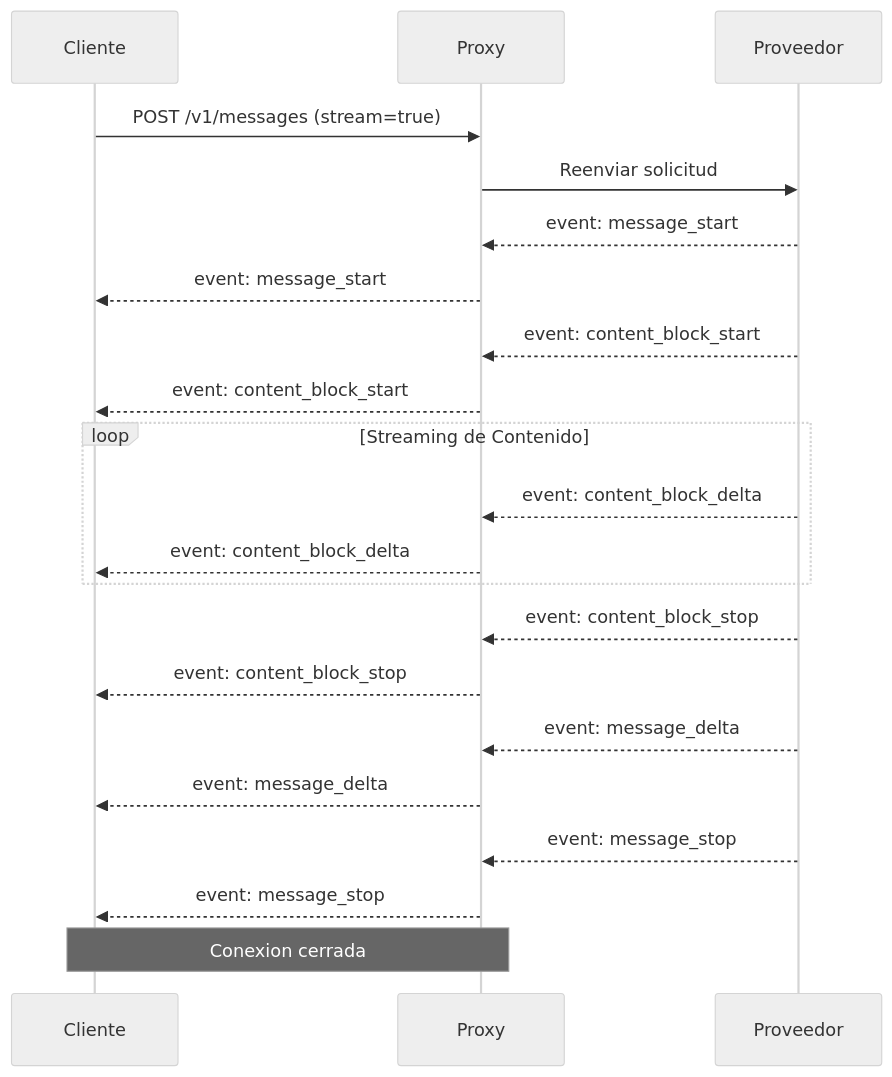
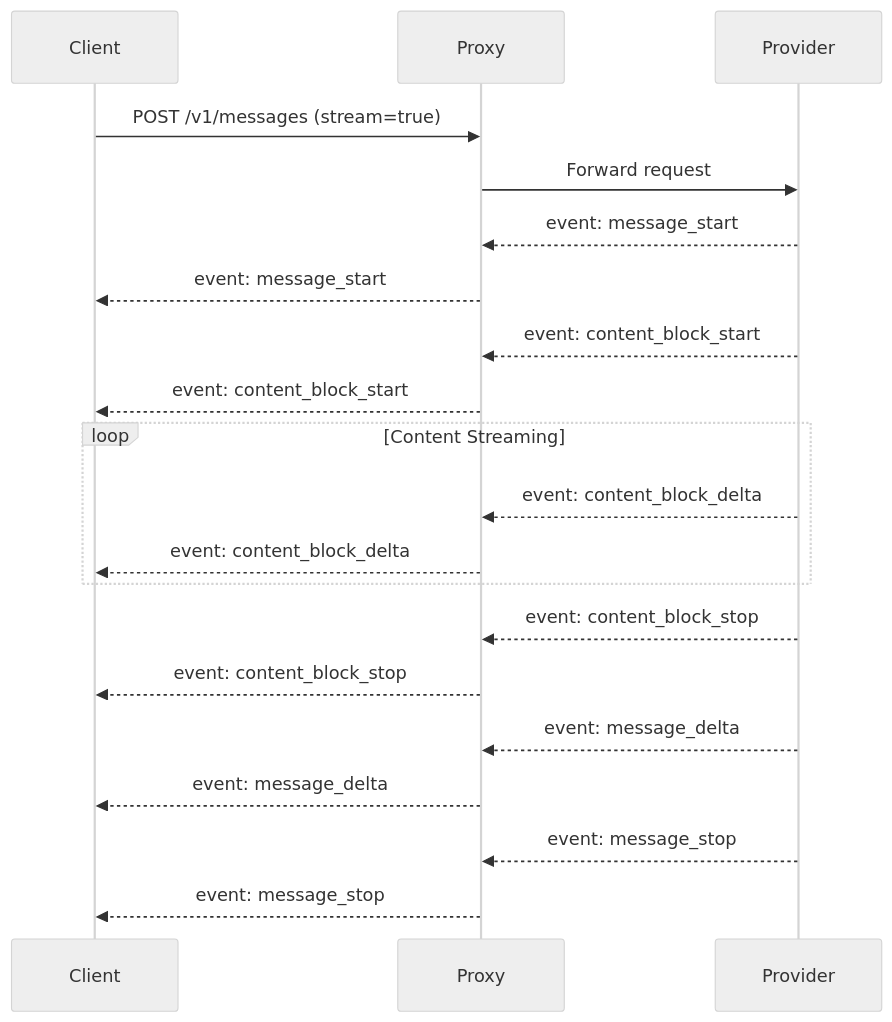
Before and after one commit to omarluq/cc-relay: the fourth of 5 diagrams in docs-site/content/es/docs/architecture.md, drawn with Mermaid (neutral theme). The commit also changed other lines of this file and 5 other files, not shown here.

First line of the commit message:
docs: rewrite architecture docs with multi-provider support

````diff
--- a/docs-site/content/es/docs/architecture.md
+++ b/docs-site/content/es/docs/architecture.md
@@ -207,31 +210,29 @@
 ```mermaid
 sequenceDiagram
-    participant Cliente
+    participant Client
     participant Proxy
-    participant Proveedor
+    participant Provider
 
-    Cliente->>Proxy: POST /v1/messages (stream=true)
-    Proxy->>Proveedor: Reenviar solicitud
+    Client->>Proxy: POST /v1/messages (stream=true)
+    Proxy->>Provider: Forward request
 
-    Proveedor-->>Proxy: event: message_start
-    Proxy-->>Cliente: event: message_start
+    Provider-->>Proxy: event: message_start
+    Proxy-->>Client: event: message_start
 
-    Proveedor-->>Proxy: event: content_block_start
-    Proxy-->>Cliente: event: content_block_start
+    Provider-->>Proxy: event: content_block_start
+    Proxy-->>Client: event: content_block_start
 
-    loop Streaming de Contenido
-        Proveedor-->>Proxy: event: content_block_delta
-        Proxy-->>Cliente: event: content_block_delta
+    loop Content Streaming
+        Provider-->>Proxy: event: content_block_delta
+        Proxy-->>Client: event: content_block_delta
     end
 
-    Proveedor-->>Proxy: event: content_block_stop
-    Proxy-->>Cliente: event: content_block_stop
+    Provider-->>Proxy: event: content_block_stop
+    Proxy-->>Client: event: content_block_stop
 
-    Proveedor-->>Proxy: event: message_delta
-    Proxy-->>Cliente: event: message_delta
+    Provider-->>Proxy: event: message_delta
+    Proxy-->>Client: event: message_delta
 
-    Proveedor-->>Proxy: event: message_stop
-    Proxy-->>Cliente: event: message_stop
-
-    Note over Cliente,Proxy: Conexion cerrada
+    Provider-->>Proxy: event: message_stop
+    Proxy-->>Client: event: message_stop
 ```
````
